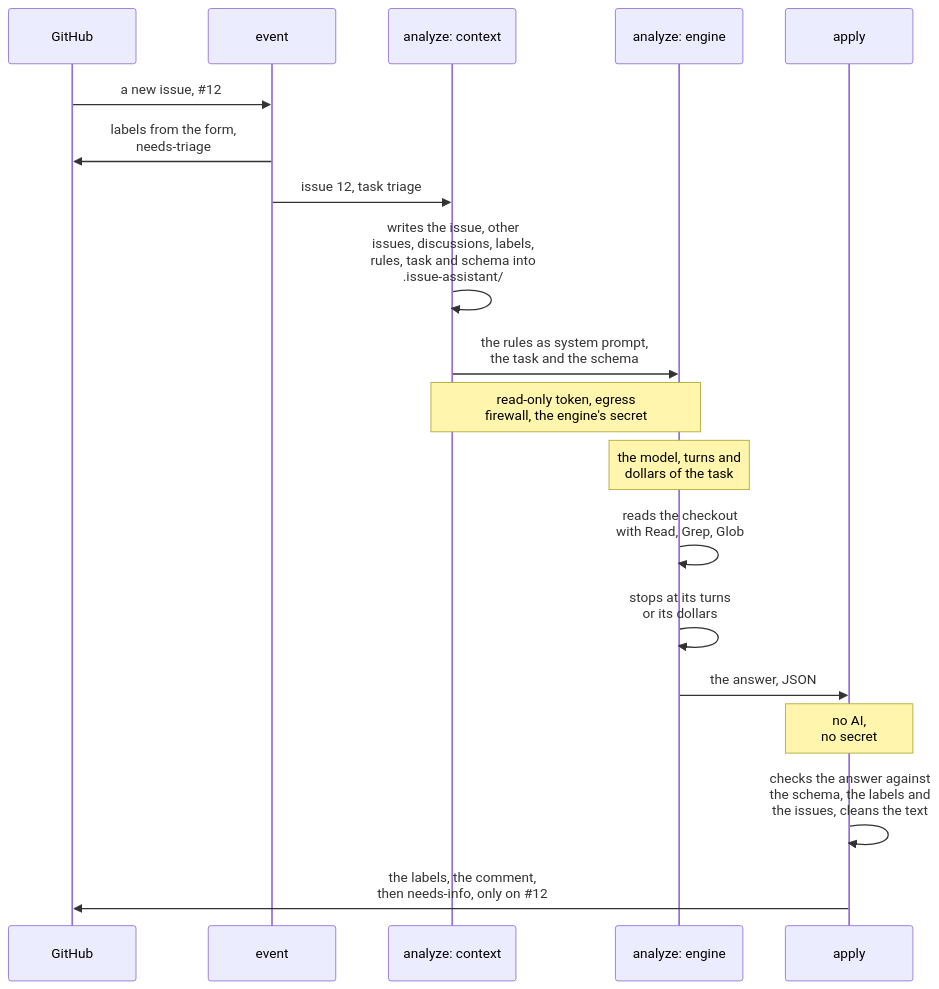
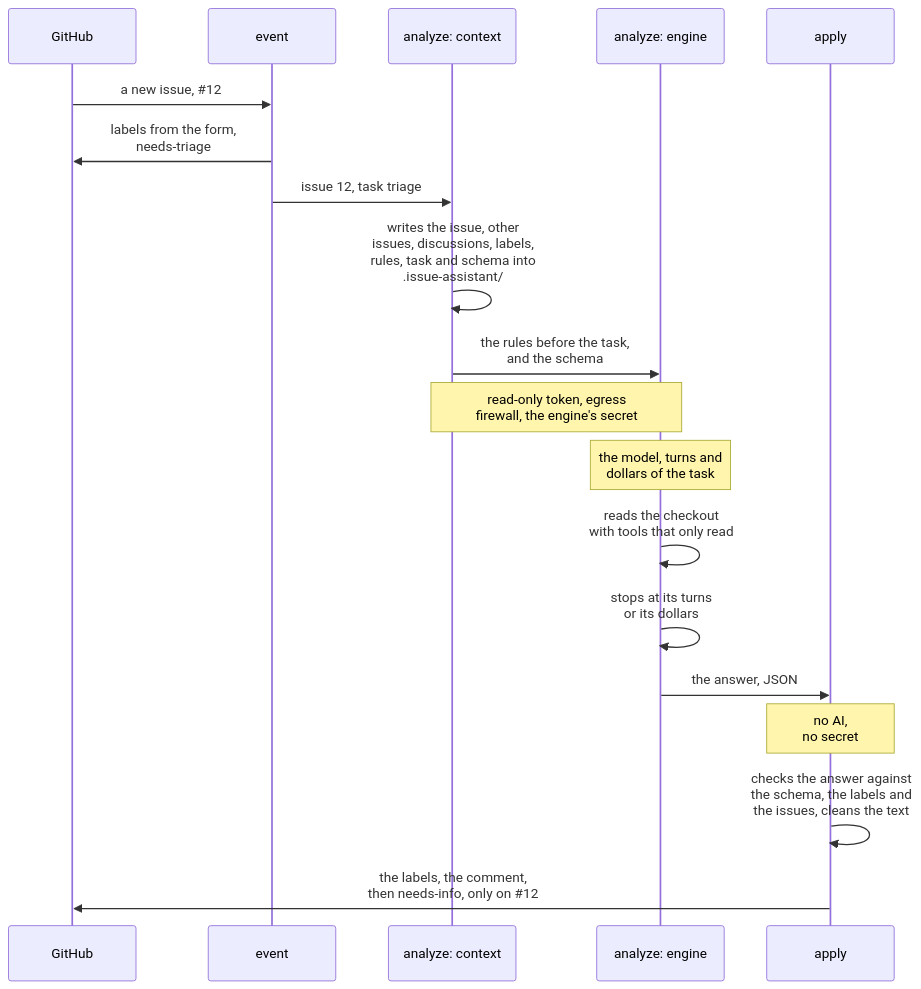
The diagram in docs/diagrams/one-run-of-issue-assistant-yml-for-a-new-issue.mmd (Dennis-Otto/issue-assistant), drawn with Mermaid before and after one commit. The commit also changed 40 other files, not shown here.

First line of the commit message:
feat: Codex, Gemini and Copilot as read-only engines next to Claude (#136)

```diff
--- a/docs/diagrams/one-run-of-issue-assistant-yml-for-a-new-issue.mmd
+++ b/docs/diagrams/one-run-of-issue-assistant-yml-for-a-new-issue.mmd
@@ -1,21 +1,21 @@
 sequenceDiagram
   accTitle: One run of issue-assistant.yml for a new issue
-  accDescr: GitHub sends the event of the new issue 12 to the job event, which adds the labels of the form and needs-triage and hands the issue and the task triage to the job analyze. Its engine step chooses the model, the turns and the dollars of the task, and its context step writes the issue, the other issues, the discussions, the labels, the rules, the task and the schema into .issue-assistant/ and hands the rules as the system prompt, the task and the schema to the engine, which runs with a read-only token, behind the egress firewall, with the engine's secret and stops at its turns or its dollars. The engine reads the checkout with Read, Grep and Glob and hands its answer in JSON to the job apply, which runs no AI and has no secret. apply checks the answer against the schema, the labels and the issues, cleans the text, and writes the labels, the comment and then needs-info, only on issue 12. The usage step writes what the run cost into the summary of the job.
+  accDescr: GitHub sends the event of the new issue 12 to the job event, which adds the labels of the form and needs-triage and hands the issue and the task triage to the job analyze. Its engine step chooses the model, the turns and the dollars of the task, and its context step writes the issue, the other issues, the discussions, the labels, the rules, the task and the schema into .issue-assistant/ and hands the rules before the task, and the schema, to the engine, which runs with a read-only token, behind the egress firewall, with the engine's secret and stops at its turns or its dollars, as far as it counts them. The engine reads the checkout with tools that only read and hands its answer in JSON to the job apply, which runs no AI and has no secret. apply checks the answer against the schema, the labels and the issues, cleans the text, and writes the labels, the comment and then needs-info, only on issue 12. For Claude, the usage step writes what the run cost into the summary of the job.
   participant G as GitHub
   participant E as event
   participant C as analyze: context
   participant AI as analyze: engine
   participant P as apply
   G->>E: a new issue, #35;12
   E->>G: labels from the form,<br>needs-triage
   E->>C: issue 12, task triage
   C->>C: writes the issue, other<br>issues, discussions, labels,<br>rules, task and schema into<br>.issue-assistant/
-  C->>AI: the rules as system prompt,<br>the task and the schema
+  C->>AI: the rules before the task,<br>and the schema
   Note over C,AI: read-only token, egress<br>firewall, the engine's secret
   Note over AI: the model, turns and<br>dollars of the task
-  AI->>AI: reads the checkout<br>with Read, Grep, Glob
+  AI->>AI: reads the checkout<br>with tools that only read
   AI->>AI: stops at its turns<br>or its dollars
   AI->>P: the answer, JSON
   Note over P: no AI,<br>no secret
   P->>P: checks the answer against<br>the schema, the labels and<br>the issues, cleans the text
   P->>G: the labels, the comment,<br>then needs-info, only on #35;12
```
